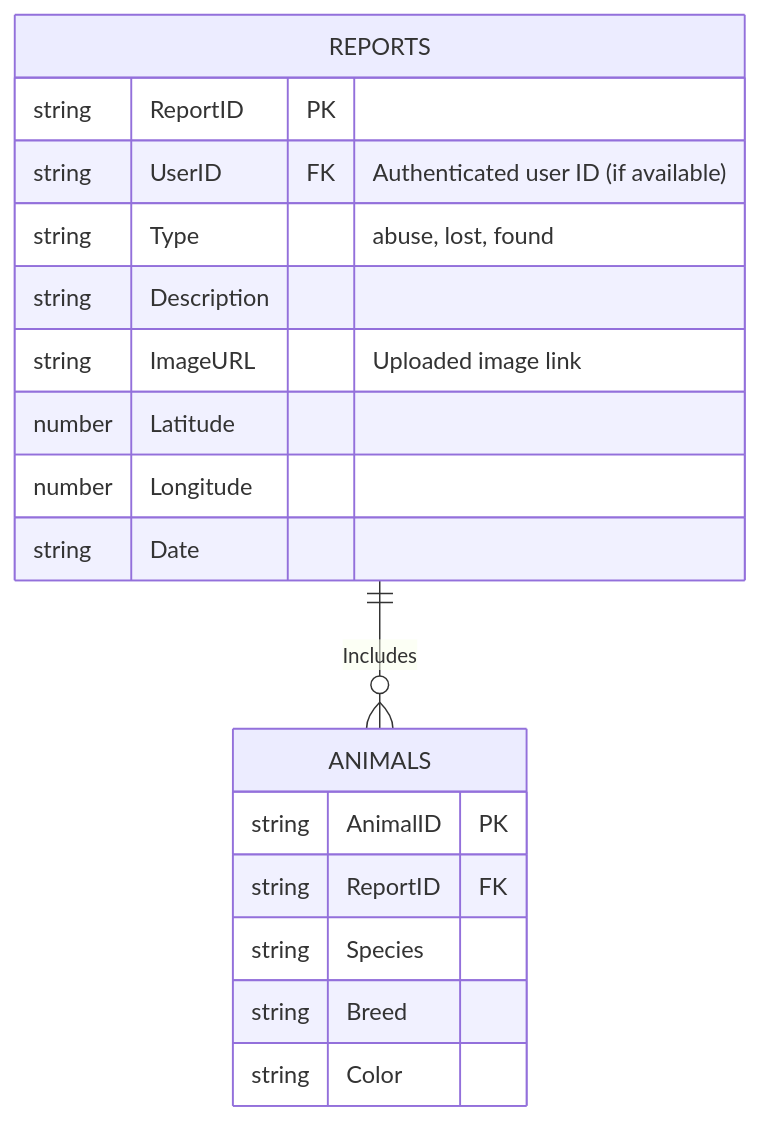
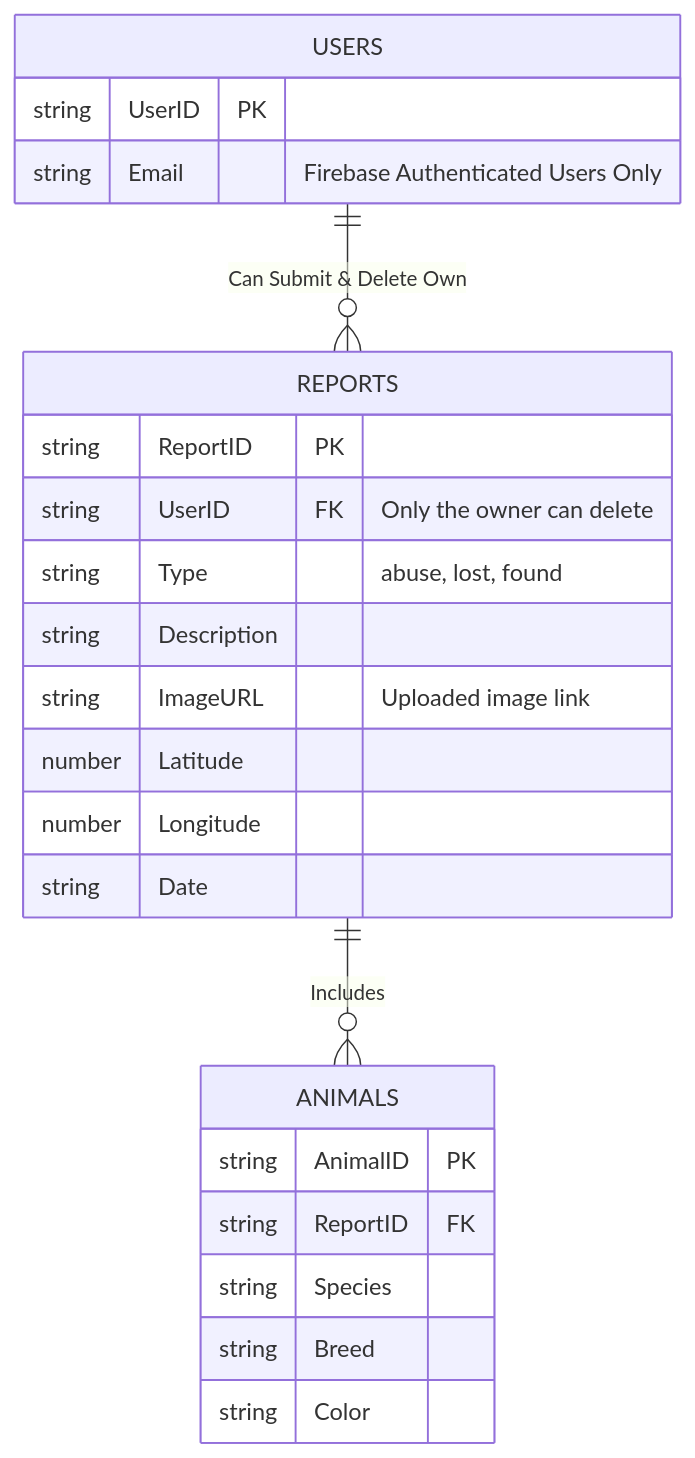
Before and after one commit to JuliaBecho/Pawtner: the second of 2 diagrams in README.md, drawn with Mermaid. The commit also changed other lines of this file, not shown here.

````diff
--- a/README.md
+++ b/README.md
@@ -239,23 +240,30 @@
 ```mermaid
 erDiagram
+    USERS {
+        string UserID PK
+        string Email "Firebase Authenticated Users Only"
+    }
+
     REPORTS {
         string ReportID PK
-        string UserID FK "Authenticated user ID (if available)"
+        string UserID FK "Only the owner can delete"
         string Type "abuse, lost, found"
         string Description
         string ImageURL "Uploaded image link"
         number Latitude
         number Longitude
         string Date
     }
-    
+
     ANIMALS {
         string AnimalID PK
         string ReportID FK
         string Species
         string Breed
         string Color
     }
     
+    USERS ||--o{ REPORTS : "Can Submit & Delete Own"
     REPORTS ||--o{ ANIMALS : "Includes"
+
 ```
````
